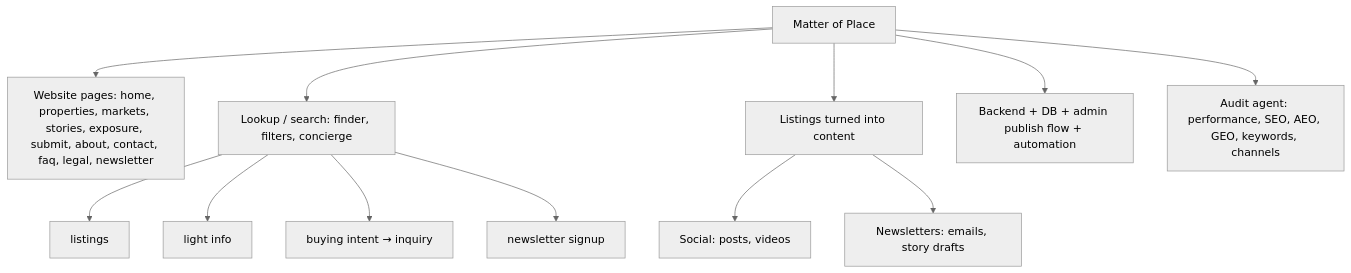
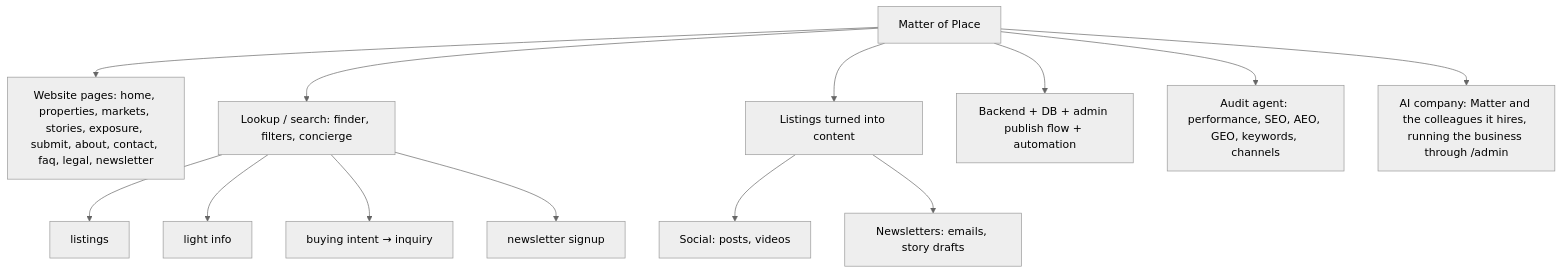
One commit to AbdulrahmanAmer/matter-of-place changed the fourth of 4 diagrams in workspace/03-diagrams/big-diagram.md. Above: the diagram before and after it, drawn with Mermaid (neutral theme). The commit also changed other lines of this file and 24 other files, not shown here.

First line of the commit message:
diagrams: where we stand by the operator's definition, the AI company and its power rules (H100, H101), the system map with everything built, 30 admin screens; pictures re-rendered

````diff
--- a/workspace/03-diagrams/big-diagram.md
+++ b/workspace/03-diagrams/big-diagram.md
@@ -155,11 +165,12 @@
 ```mermaid
 flowchart TB
   MOP[Matter of Place] --> W[Website pages: home, properties, markets, stories, exposure, submit, about, contact, faq, legal, newsletter]
   MOP --> L[Lookup / search: finder, filters, concierge]
   L --> L1[listings] & L2[light info] & L3[buying intent → inquiry] & L4[newsletter signup]
   MOP --> C[Listings turned into content]
   C --> S[Social: posts, videos]
   C --> N[Newsletters: emails, story drafts]
   MOP --> B[Backend + DB + admin publish flow + automation]
   MOP --> AU[Audit agent: performance, SEO, AEO, GEO, keywords, channels]
+  MOP --> AI[AI company: Matter and the colleagues it hires, running the business through /admin]
 ```
````
